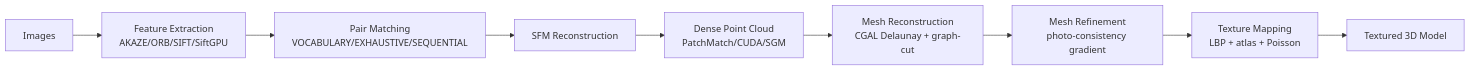
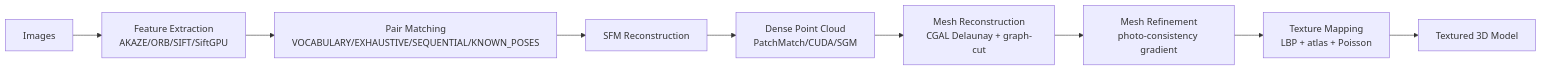
One commit to cdcseacave/openMVS changed the second of 5 diagrams in docs/architecture.md. Above: the diagram before and after it, drawn with Mermaid. The commit also changed other lines of this file and 20 other files, not shown here.

````diff
--- a/docs/architecture.md
+++ b/docs/architecture.md
@@ -155,11 +155,11 @@
 ```mermaid
 graph LR
     A[Images] --> B[Feature Extraction<br/>AKAZE/ORB/SIFT/SiftGPU]
-    B --> C[Pair Matching<br/>VOCABULARY/EXHAUSTIVE/SEQUENTIAL]
+    B --> C[Pair Matching<br/>VOCABULARY/EXHAUSTIVE/SEQUENTIAL/KNOWN_POSES]
     C --> D[SFM Reconstruction]
     D --> E[Dense Point Cloud<br/>PatchMatch/CUDA/SGM]
     E --> F[Mesh Reconstruction<br/>CGAL Delaunay + graph-cut]
     F --> G[Mesh Refinement<br/>photo-consistency gradient]
     G --> H[Texture Mapping<br/>LBP + atlas + Poisson]
     H --> I[Textured 3D Model]
 ```
````
